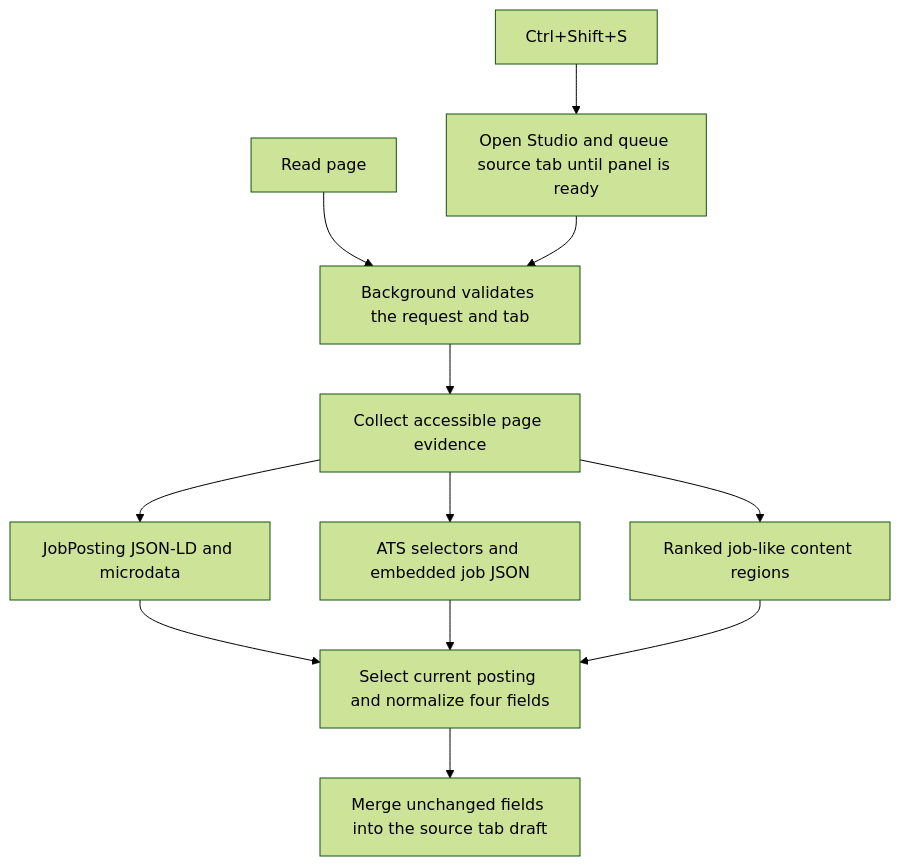
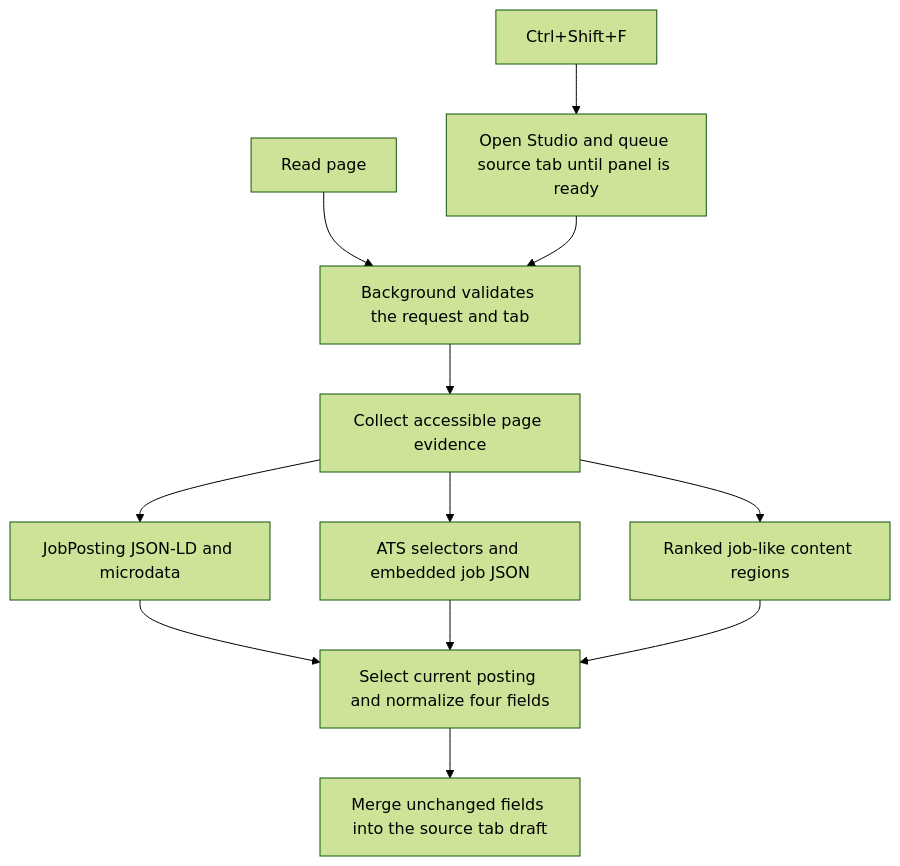
The diagram in docs/job-extraction-review.md (worldcruise/ai-extension-template), drawn with Mermaid (forest theme) before and after one commit. The commit also changed other lines of this file and 66 other files, not shown here.

````diff
--- a/docs/job-extraction-review.md
+++ b/docs/job-extraction-review.md
@@ -37,14 +37,14 @@
 ```mermaid
 flowchart TD
   A[Read page] --> B[Background validates the request and tab]
-  S[Ctrl+Shift+S] --> O[Open Studio and queue source tab until panel is ready]
+  S[Ctrl+Shift+F] --> O[Open Studio and queue source tab until panel is ready]
   O --> B
   B --> C[Collect accessible page evidence]
   C --> D[JobPosting JSON-LD and microdata]
   C --> E[ATS selectors and embedded job JSON]
   C --> F[Ranked job-like content regions]
   D --> G[Select current posting and normalize four fields]
   E --> G
   F --> G
   G --> H[Merge unchanged fields into the source tab draft]
 ```
````
